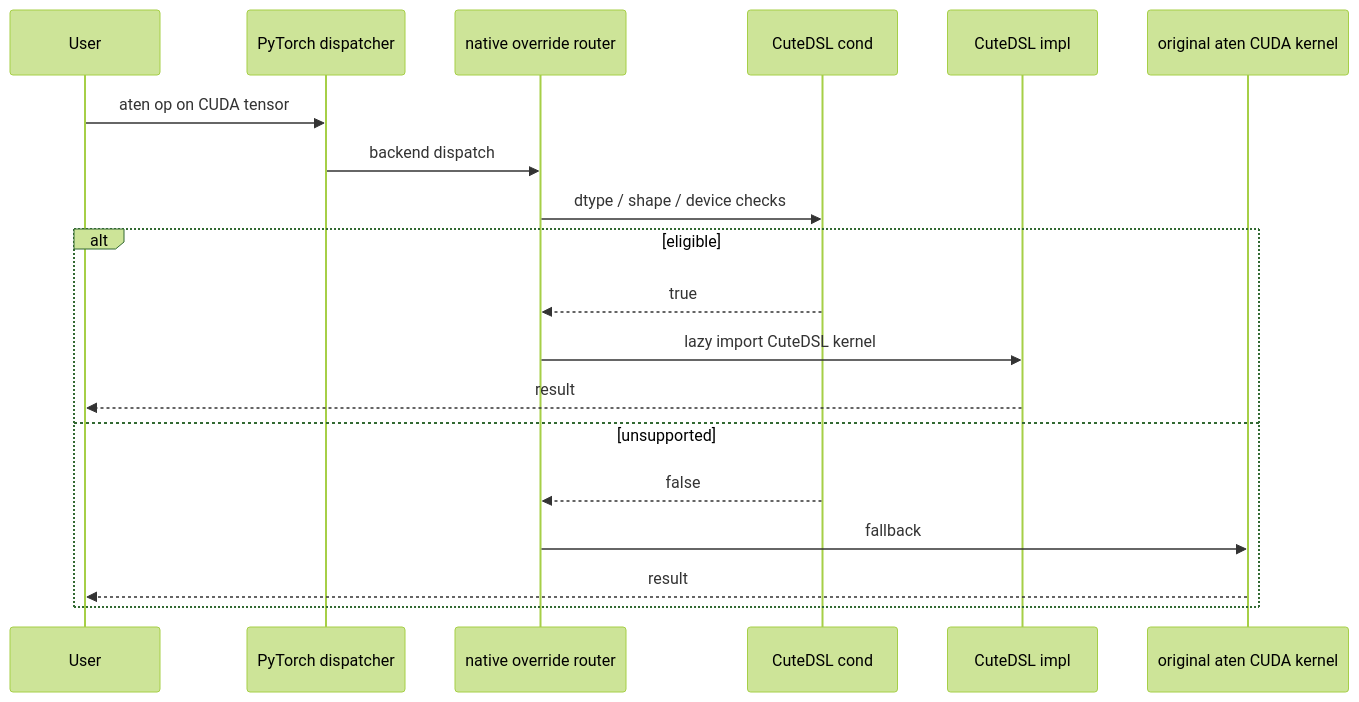
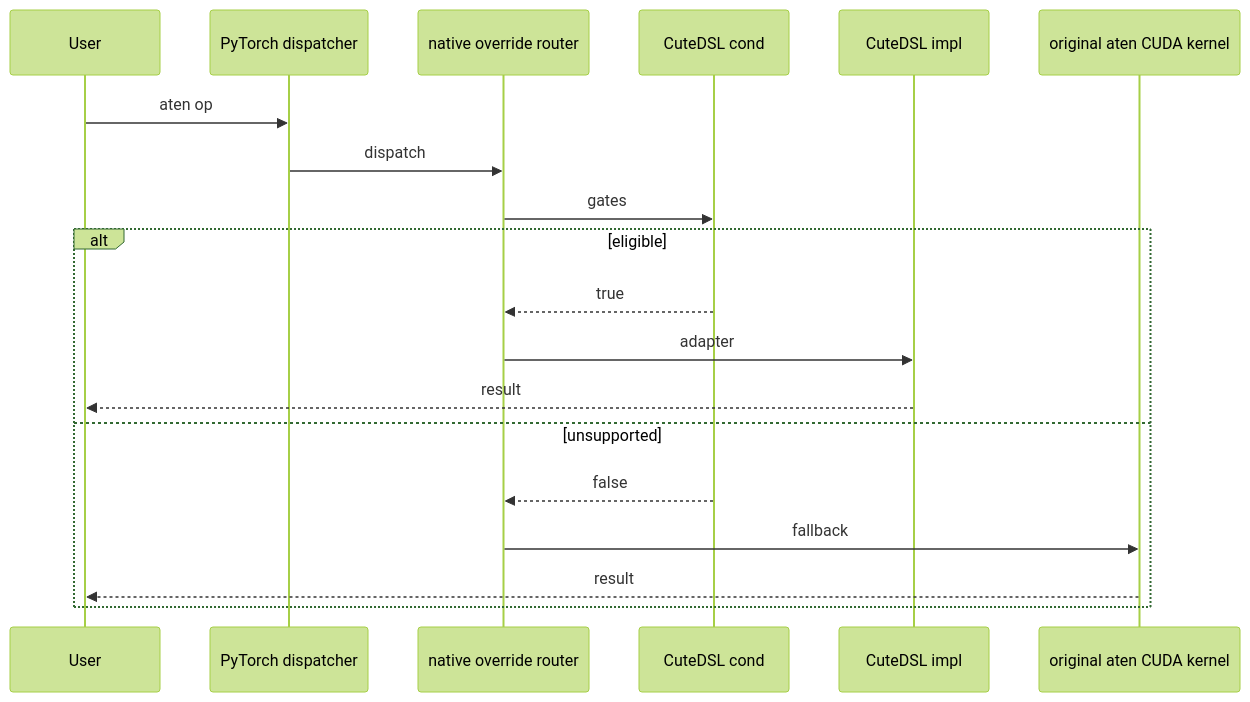
Before and after one commit to XiaobingSuper/FlyDSL: the second of 4 diagrams in docs/cutedsl_pytorch_integration_report.md, drawn with Mermaid (forest theme). The commit also changed other lines of this file and 1 other file, not shown here.

````diff
--- a/docs/cutedsl_pytorch_integration_report.md
+++ b/docs/cutedsl_pytorch_integration_report.md
@@ -124,22 +124,22 @@
 ```mermaid
 sequenceDiagram
     participant User
     participant Dispatcher as PyTorch dispatcher
     participant Router as native override router
     participant Cond as CuteDSL cond
     participant Impl as CuteDSL impl
     participant Aten as original aten CUDA kernel
 
-    User->>Dispatcher: aten op on CUDA tensor
-    Dispatcher->>Router: backend dispatch
-    Router->>Cond: dtype / shape / device checks
+    User->>Dispatcher: aten op
+    Dispatcher->>Router: dispatch
+    Router->>Cond: gates
     alt eligible
         Cond-->>Router: true
-        Router->>Impl: lazy import CuteDSL kernel
+        Router->>Impl: adapter
         Impl-->>User: result
     else unsupported
         Cond-->>Router: false
         Router->>Aten: fallback
         Aten-->>User: result
     end
 ```
````
